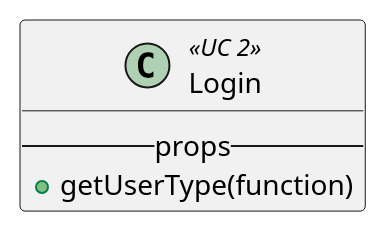
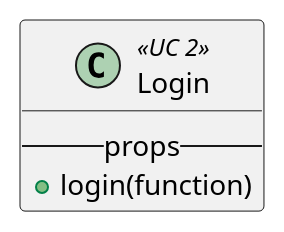
One commit to M9k/Marvin-Uml changed the diagram in react/custom/login.iuml. Above: the diagram before and after it, drawn with PlantUML. The commit also changed 11 other files, not shown here.

```diff
--- a/react/custom/login.iuml
+++ b/react/custom/login.iuml
@@ -1,4 +1,4 @@
 class Login <<UC 2>>{
   --props--
-    + getUserType(function)
+    + login(function)
 }
```
